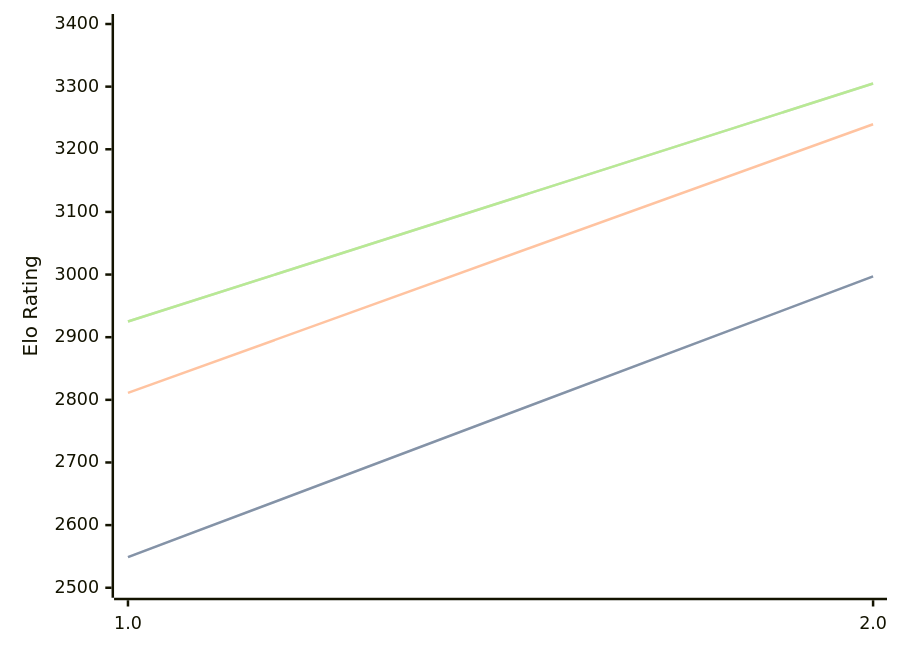
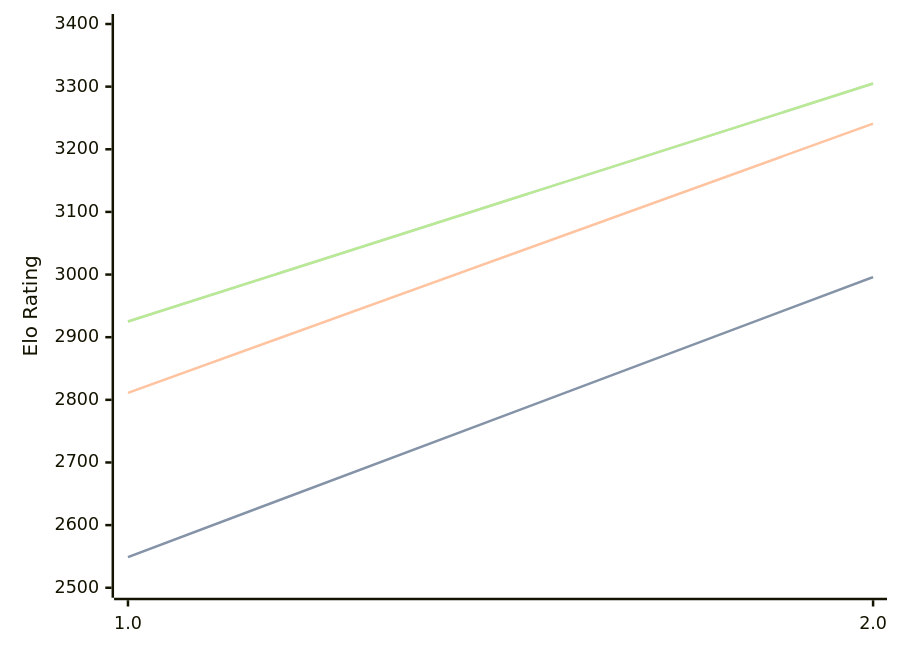
The diagram in engines/Onslaught.md (computer-chess-index/cci), drawn with Mermaid before and after one commit. The commit also changed other lines of this file, not shown here.

````diff
--- a/engines/Onslaught.md
+++ b/engines/Onslaught.md
@@ -32,11 +32,11 @@
 ```mermaid
 %%{init: {"theme":"base","themeVariables":{"seriesColors:['#a3a3a3','#222221','#faa371']}}}%%
 xychart-beta
   x-axis ["1.0", "2.0"]
   y-axis "Elo Rating" 2500 --> 3400
-  line "" [2549, 2997]
-  line "STC (8.0+0.08s)" [2549, 2997]
-  line "LTC (60.0+0.60s)" [2811, 3240]
+  line "" [2549, 2996]
+  line "STC (8.0+0.08s)" [2549, 2996]
+  line "LTC (60.0+0.60s)" [2811, 3241]
   line "" [2925, 3305]
   line "VLTC (2m24s+1.12s)" [2925, 3305]
 ```
````
